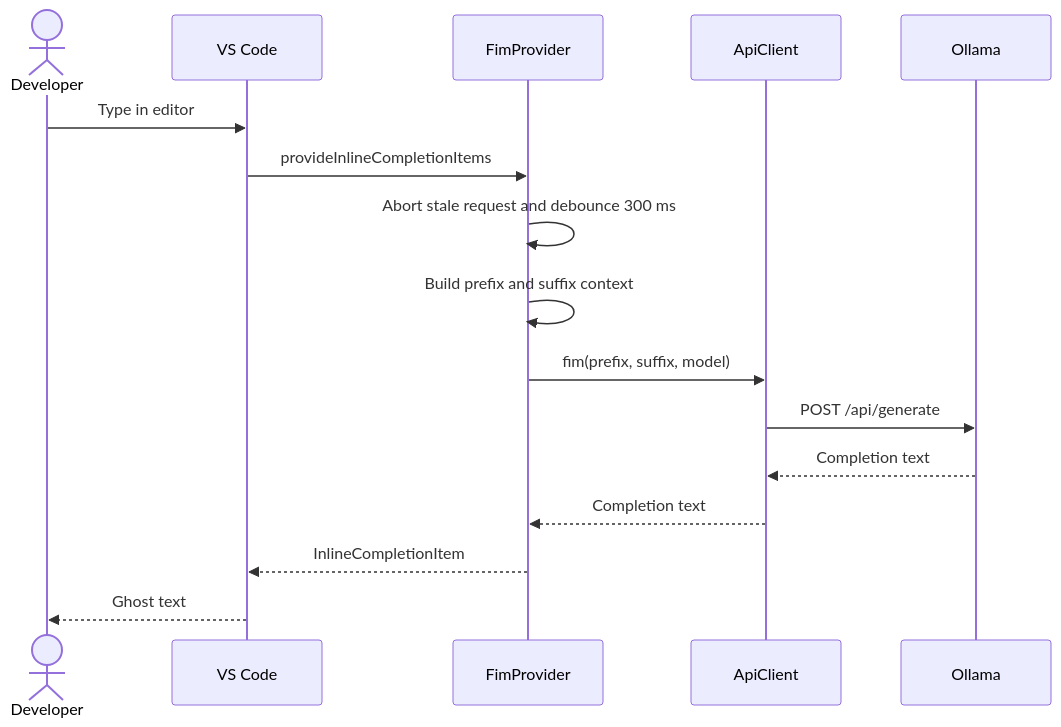
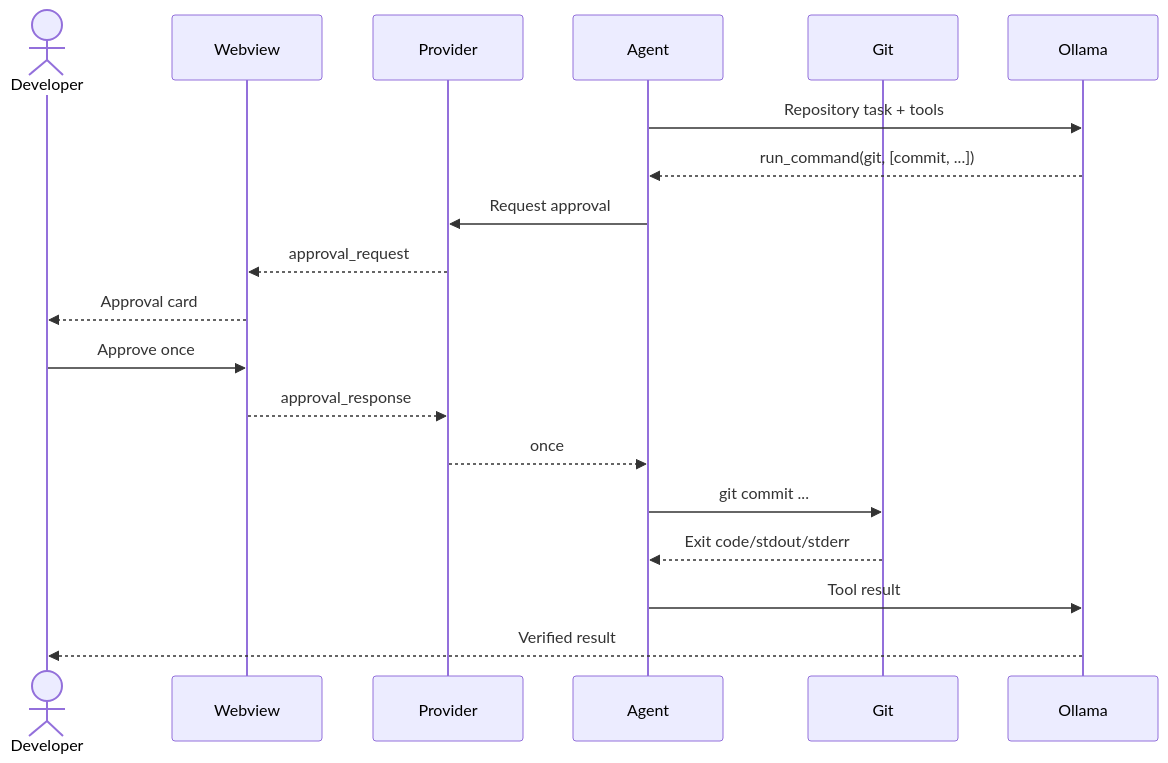
The fourth of 5 diagrams in VS_CODE_EXTENSION.md (ekanatha-urivakili/EminentAiAgent), drawn with Mermaid before and after one commit. The commit also changed other lines of this file and 45 other files, not shown here.

````diff
--- a/VS_CODE_EXTENSION.md
+++ b/VS_CODE_EXTENSION.md
@@ -141,19 +141,22 @@
 ```mermaid
 sequenceDiagram
-    actor Dev as Developer
-    participant VS as VS Code
-    participant FIM as FimProvider
-    participant Api as ApiClient
-    participant Ollama as Ollama
+    actor Developer
+    participant WV as Webview
+    participant Provider
+    participant Agent
+    participant Git
+    participant Ollama
 
-    Dev->>VS: Type in editor
-    VS->>FIM: provideInlineCompletionItems
-    FIM->>FIM: Abort stale request and debounce 300 ms
-    FIM->>FIM: Build prefix and suffix context
-    FIM->>Api: fim(prefix, suffix, model)
-    Api->>Ollama: POST /api/generate
-    Ollama-->>Api: Completion text
-    Api-->>FIM: Completion text
-    FIM-->>VS: InlineCompletionItem
-    VS-->>Dev: Ghost text
+    Agent->>Ollama: Repository task + tools
+    Ollama-->>Agent: run_command(git, [commit, ...])
+    Agent->>Provider: Request approval
+    Provider-->>WV: approval_request
+    WV-->>Developer: Approval card
+    Developer->>WV: Approve once
+    WV-->>Provider: approval_response
+    Provider-->>Agent: once
+    Agent->>Git: git commit ...
+    Git-->>Agent: Exit code/stdout/stderr
+    Agent->>Ollama: Tool result
+    Ollama-->>Developer: Verified result
 ```
````
